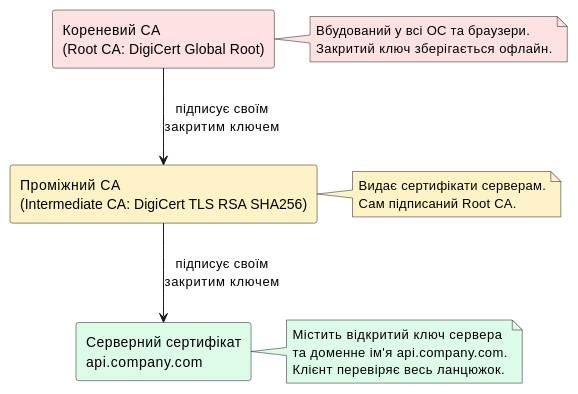
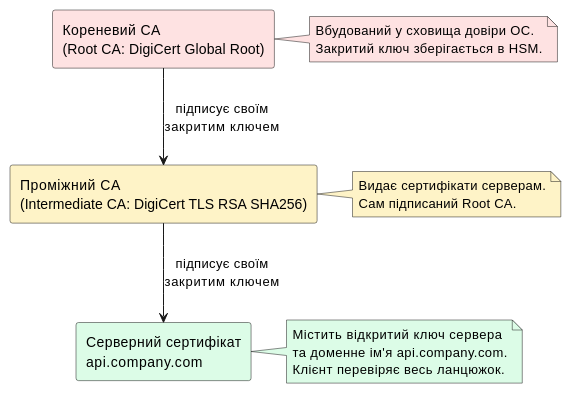
One commit to arakviel/kostyl.dev changed the sixth of 7 diagrams in content/17.client-server-architecture/06.tls-cryptographic-channel-protection.md. Above: the diagram before and after it, drawn with PlantUML. The commit also changed other lines of this file and 8 other files, not shown here.

Commit message:
docs: add TLS cryptographic channel diagrams and update UDP and TLS content

````diff
--- a/content/17.client-server-architecture/06.tls-cryptographic-channel-protection.md
+++ b/content/17.client-server-architecture/06.tls-cryptographic-channel-protection.md
@@ -413,29 +476,29 @@
 ```plantuml
 @startuml
 skinparam style plain
 skinparam backgroundColor #FFFFFF
 
 rectangle "Кореневий CA\n(Root CA: DigiCert Global Root)" as Root #FEE2E2
 rectangle "Проміжний CA\n(Intermediate CA: DigiCert TLS RSA SHA256)" as Intermediate #FEF3C7
 rectangle "Серверний сертифікат\napi.company.com" as Server #DCFCE7
 
 Root -down-> Intermediate : підписує своїм\nзакритим ключем
 Intermediate -down-> Server : підписує своїм\nзакритим ключем
 
 note right of Root #FEE2E2
-  Вбудований у всі ОС та браузери.
-  Закритий ключ зберігається офлайн.
+  Вбудований у сховища довіри ОС.
+  Закритий ключ зберігається в HSM.
 end note
 
 note right of Intermediate #FEF3C7
   Видає сертифікати серверам.
   Сам підписаний Root CA.
 end note
 
 note right of Server #DCFCE7
   Містить відкритий ключ сервера
   та доменне ім'я api.company.com.
   Клієнт перевіряє весь ланцюжок.
 end note
 @enduml
 ```
````
